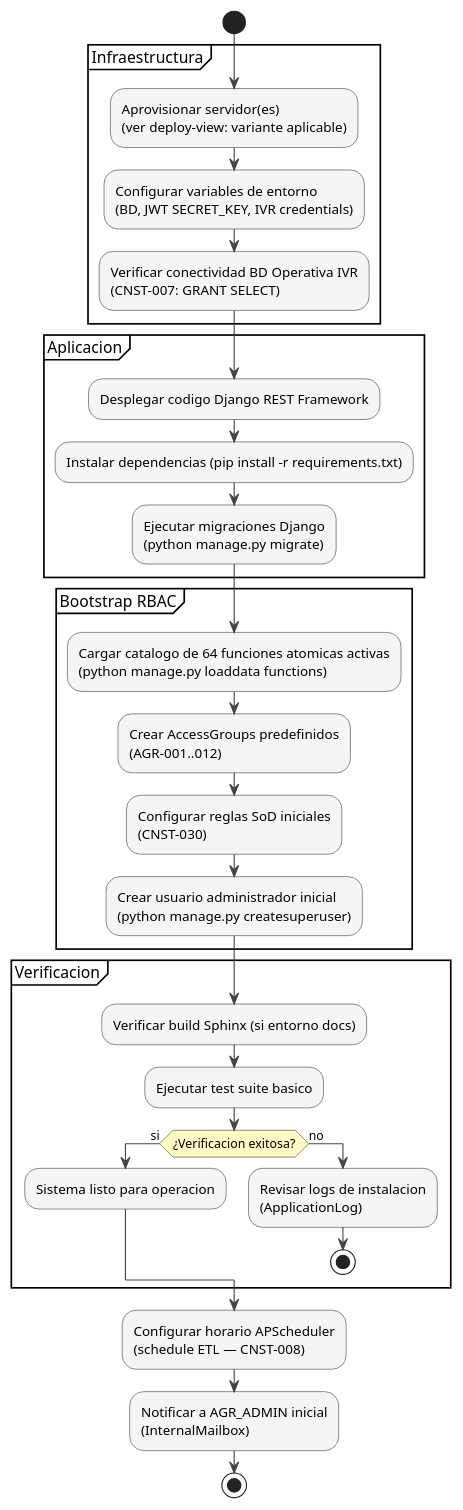
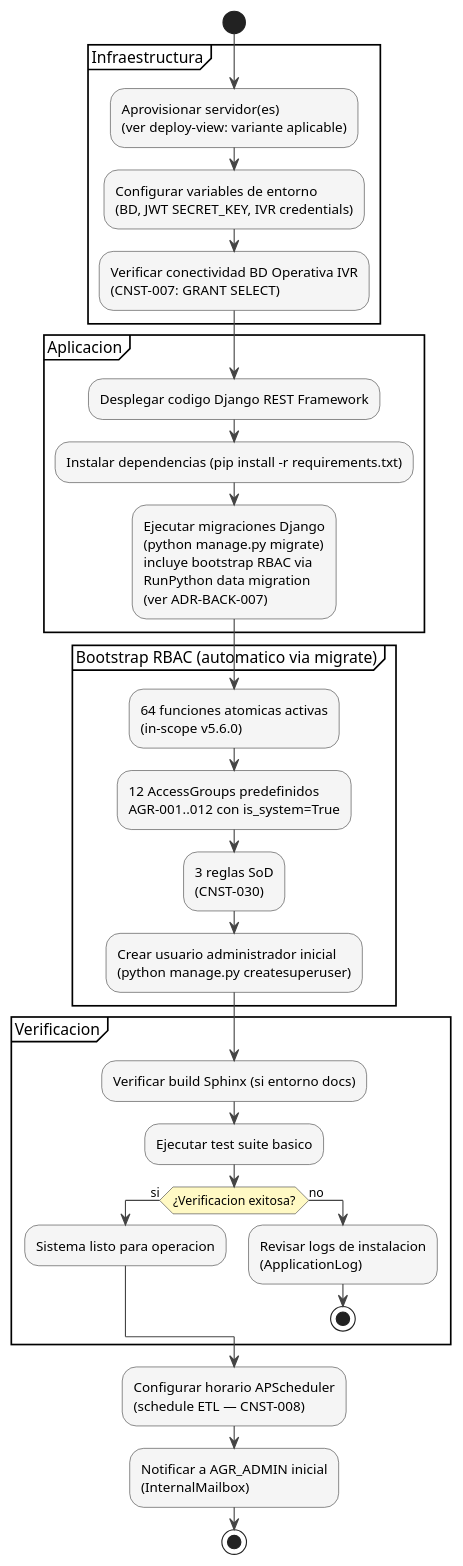
One commit to jcg-admin/IACT-docs changed the diagram in source/arquitectura-tecnica/operational-view/system-installation.rst. Above: the diagram before and after it, drawn with PlantUML. The commit also changed 1 other file, not shown here.

First paragraph of the commit message:
Propagate ADR-BACK-007 cross-refs + fix loaddata in installation
Audit del corpus tras aplicar A.1+A.2 detectó dos gaps en
source/ donde el patrón canónico (data migration RunPython) no
estaba reflejado:

```diff
--- a/source/arquitectura-tecnica/operational-view/system-installation.rst
+++ b/source/arquitectura-tecnica/operational-view/system-installation.rst
@@ -26,49 +26,49 @@
 .. uml::
  :caption: Figura — Flujo de instalacion y bootstrap del sistema IACT
 
  @startuml
 
  skinparam ArrowColor #444444
  skinparam ActivityBorderColor #333333
  skinparam ActivityBackgroundColor #F5F5F5
  skinparam ActivityDiamondBackgroundColor #FFF9C4
  skinparam shadowing false
 
  start
 
  partition "Infraestructura" {
    :Aprovisionar servidor(es)\n(ver deploy-view: variante aplicable);
    :Configurar variables de entorno\n(BD, JWT SECRET_KEY, IVR credentials);
    :Verificar conectividad BD Operativa IVR\n(CNST-007: GRANT SELECT);
  }
 
  partition "Aplicacion" {
    :Desplegar codigo Django REST Framework;
    :Instalar dependencias (pip install -r requirements.txt);
-   :Ejecutar migraciones Django\n(python manage.py migrate);
+   :Ejecutar migraciones Django\n(python manage.py migrate)\nincluye bootstrap RBAC via\nRunPython data migration\n(ver ADR-BACK-007);
  }
 
- partition "Bootstrap RBAC" {
-   :Cargar catalogo de 64 funciones atomicas activas\n(python manage.py loaddata functions);
-   :Crear AccessGroups predefinidos\n(AGR-001..012);
-   :Configurar reglas SoD iniciales\n(CNST-030);
+ partition "Bootstrap RBAC (automatico via migrate)" {
+   :64 funciones atomicas activas\n(in-scope v5.6.0);
+   :12 AccessGroups predefinidos\nAGR-001..012 con is_system=True;
+   :3 reglas SoD\n(CNST-030);
    :Crear usuario administrador inicial\n(python manage.py createsuperuser);
  }
 
  partition "Verificacion" {
    :Verificar build Sphinx (si entorno docs);
    :Ejecutar test suite basico;
    if (¿Verificacion exitosa?) then (si)
      :Sistema listo para operacion;
    else (no)
      :Revisar logs de instalacion\n(ApplicationLog);
      stop
    endif
  }
 
  :Configurar horario APScheduler\n(schedule ETL — CNST-008);
  :Notificar a AGR_ADMIN inicial\n(InternalMailbox);
 
  stop
 
  @enduml
```
